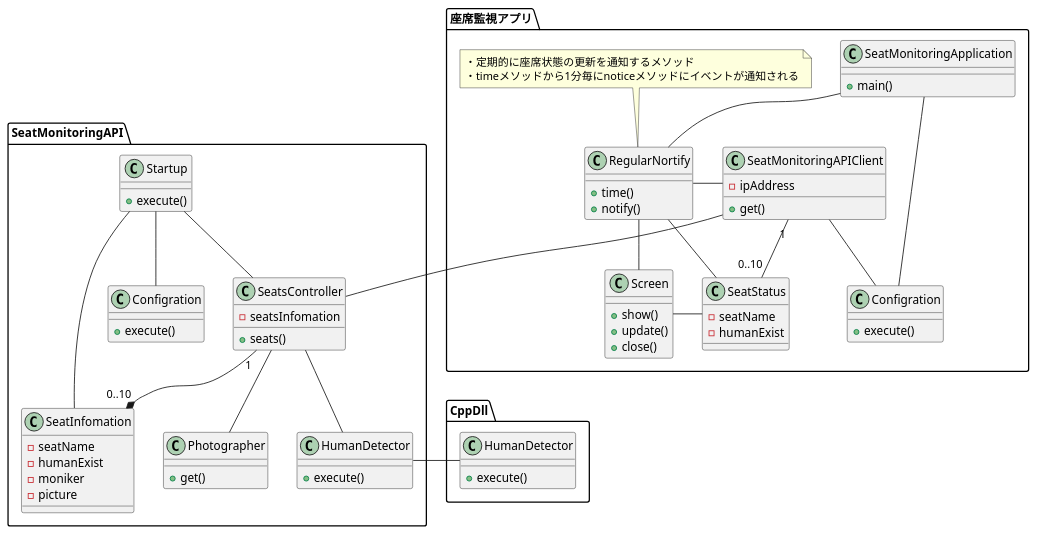
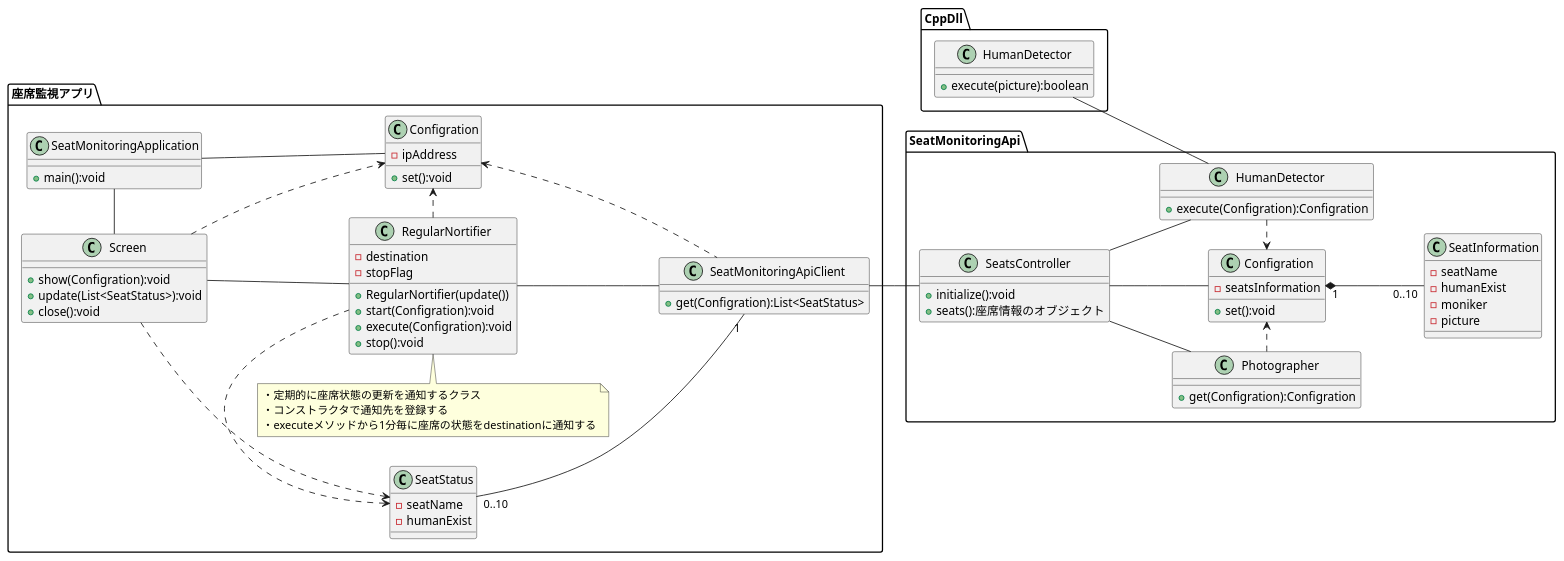
One commit to KeisukeSugita/Seat-monitoring-system changed the diagram in doc/詳細設計/詳細設計書/構成図/クラス図.pu. Above: the diagram before and after it, drawn with PlantUML.

Commit message:
クラス・メンバ・メソッド名、関係の修正

```diff
--- a/doc/詳細設計/詳細設計書/構成図/クラス図.pu
+++ b/doc/詳細設計/詳細設計書/構成図/クラス図.pu
@@ -1,90 +1,96 @@
 @startuml クラス図
+left to right direction
 
 package 座席監視アプリ {
     class "SeatMonitoringApplication" as SeatMonitoringApplication {
-        + main()
+        + main():void
+    }
+
+    class "Configration" as ClientConfigration {
+		- ipAddress
+        + set():void
     }
 
 	class "Screen" as Screen {
-        + show()
-        + update()
-		+ close()
+        + show(Configration):void
+        + update(List<SeatStatus>):void
+		+ close():void
     }
 
-    class "SeatMonitoringAPIClient" as SeatMonitoringAPIClient {
-		- ipAddress
-        + get()
+    class "SeatMonitoringApiClient" as SeatMonitoringApiClient {
+        + get(Configration):List<SeatStatus>
     }
 
-    class "RegularNortify" as RegularNortify {
-        + time()
-        + notify()
+    class "RegularNortifier" as RegularNortifier {
+        - destination
+        - stopFlag
+        + RegularNortifier(update())
+        + start(Configration):void
+        + execute(Configration):void
+        + stop():void
     }
-        note top of RegularNortify
-            ・定期的に座席状態の更新を通知するメソッド
-            ・timeメソッドから1分毎にnoticeメソッドにイベントが通知される
+        note top of RegularNortifier
+            ・定期的に座席状態の更新を通知するクラス
+            ・コンストラクタで通知先を登録する
+            ・executeメソッドから1分毎に座席の状態をdestinationに通知する
         end note
-
-    class "Configration" as ClientConfigration {
-        + execute()
-    }
 
     class "SeatStatus" as SeatStatus {
         - seatName
         - humanExist
     }
 }
 
-package SeatMonitoringAPI {
-    class "Startup" as Startup {
-        + execute()
+package SeatMonitoringApi {
+    class "SeatsController" as SeatsController {
+        + initialize():void
+        + seats():座席情報のオブジェクト
     }
-    class "SeatsController" as SeatsController {
-        - seatsInfomation
-        + seats()
+    
+    class "Configration" as ServerConfigration {
+        - seatsInformation
+        + set():void
     }
 
     class "Photographer" as Photographer {
-        + get()
-    }
-
-    class "HumanDetector" as CsHumanDetector {
-        + execute()
+        + get(Configration):Configration
     }
     
-    class "SeatInfomation" as SeatInfomation {
+    class "SeatInformation" as SeatInformation {
         - seatName
         - humanExist
         - moniker
         - picture
     }
     
-    class "Configration" as ServerConfigration {
-        + execute()
+    class "HumanDetector" as CsHumanDetector {
+        + execute(Configration):Configration
     }
 }
 
 package CppDll {
     class "HumanDetector" as CppHumanDetector {
-        + execute()
+        + execute(picture):boolean
     }
 }
 
 SeatMonitoringApplication -- ClientConfigration
-SeatMonitoringApplication -- RegularNortify
-RegularNortify -- Screen
-RegularNortify -- SeatStatus
-RegularNortify -right- SeatMonitoringAPIClient
-Screen -right- SeatStatus
-SeatMonitoringAPIClient -- SeatsController
-SeatMonitoringAPIClient "1"--"0..10" SeatStatus
-SeatMonitoringAPIClient -- ClientConfigration
+SeatMonitoringApplication -left- Screen
+Screen -down- RegularNortifier
+RegularNortifier -down- SeatMonitoringApiClient
+RegularNortifier .> ClientConfigration
+RegularNortifier .left.> SeatStatus
+Screen .> SeatStatus
+Screen .> ClientConfigration
+SeatMonitoringApiClient .left.> ClientConfigration
+SeatMonitoringApiClient "1"-left-"0..10" SeatStatus
+SeatMonitoringApiClient -- SeatsController
+ServerConfigration "1"*-down-"0..10" SeatInformation
+SeatsController -- ServerConfigration
 SeatsController -- Photographer
 SeatsController -- CsHumanDetector
-SeatsController "1"-down-*"0..10" SeatInfomation
-CppHumanDetector -right- CsHumanDetector
-Startup -- ServerConfigration
-Startup -- SeatsController
-Startup -- SeatInfomation
+CppHumanDetector -- CsHumanDetector
+Photographer .> ServerConfigration
+CsHumanDetector .> ServerConfigration
 
 @enduml
```
